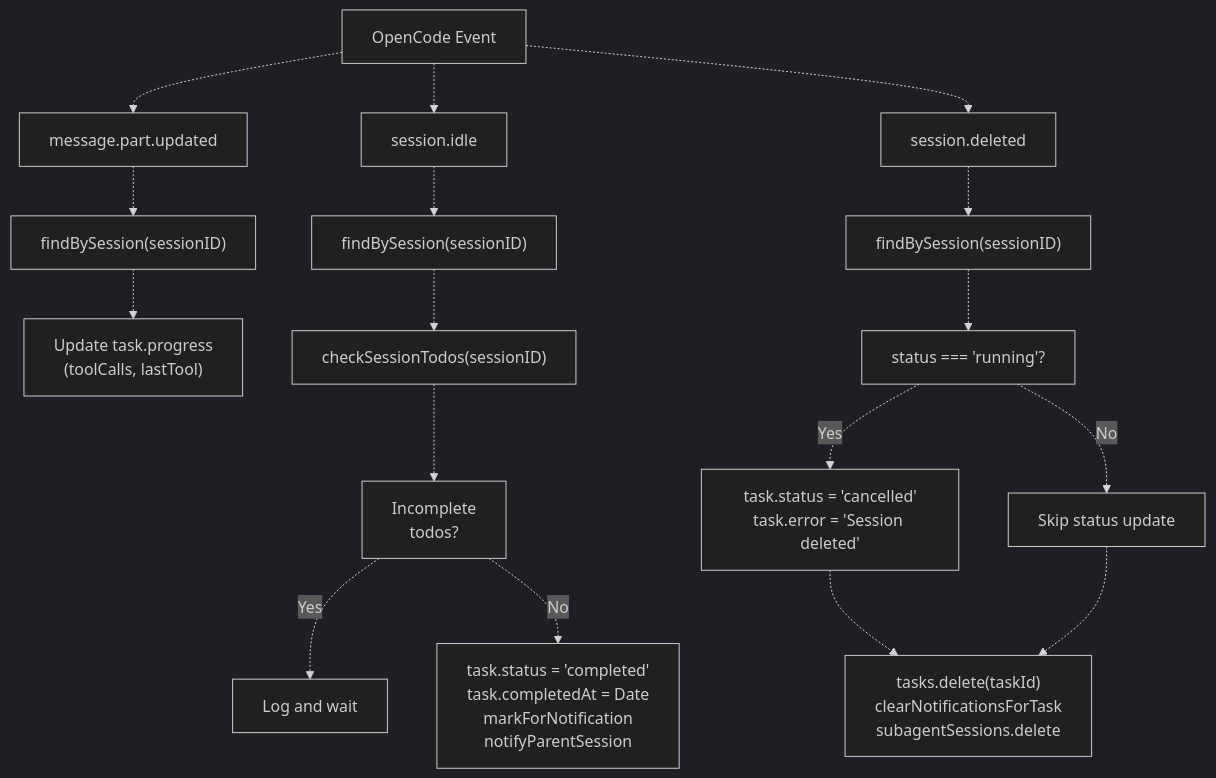
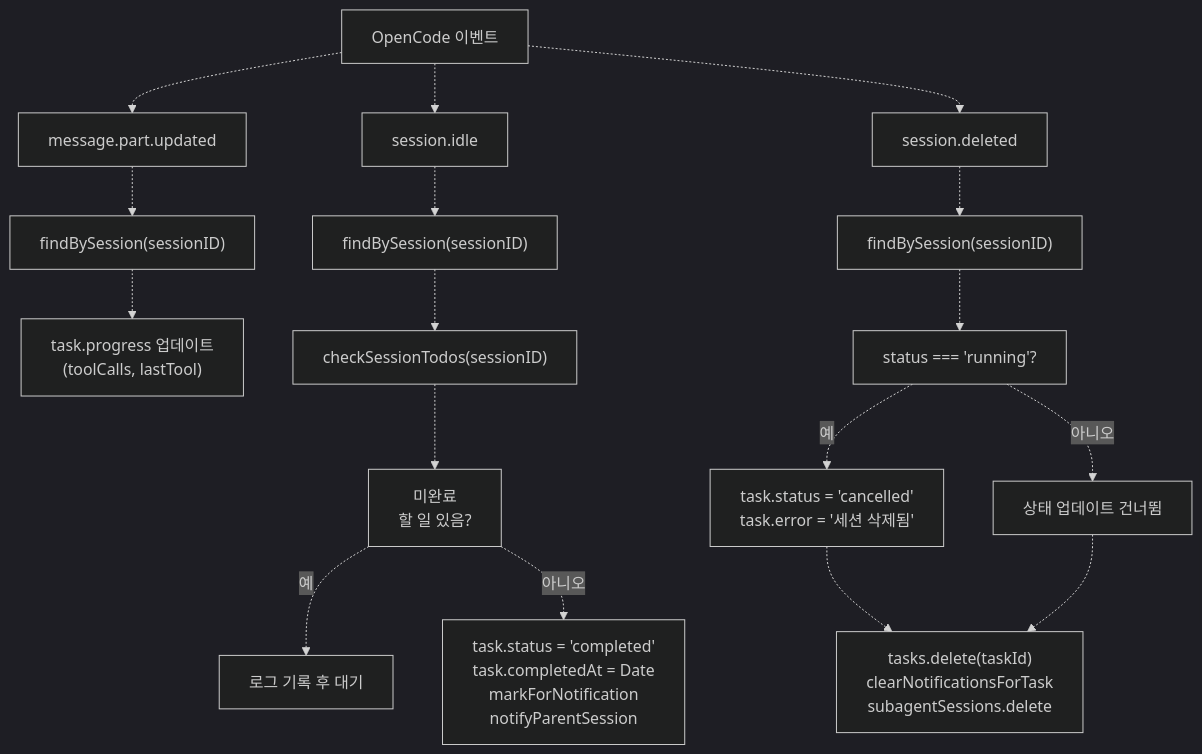
The sixth of 8 diagrams in docs/background-execution/background-manager.md (felipetruman/oh-my-opencode-docs), drawn with Mermaid (dark theme) before and after one commit. The commit also changed other lines of this file and 76 other files, not shown here.

````diff
--- a/docs/background-execution/background-manager.md
+++ b/docs/background-execution/background-manager.md
@@ -262,37 +262,37 @@
 ```mermaid
 flowchart TD
 
-Event["OpenCode Event"]
+Event["OpenCode 이벤트"]
 MessagePart["message.part.updated"]
 SessionIdle["session.idle"]
 SessionDeleted["session.deleted"]
 FindBySession1["findBySession(sessionID)"]
-UpdateProgress["Update task.progress<br>(toolCalls, lastTool)"]
+UpdateProgress["task.progress 업데이트<br>(toolCalls, lastTool)"]
 FindBySession2["findBySession(sessionID)"]
 CheckTodos["checkSessionTodos(sessionID)"]
-HasTodos["Incomplete<br>todos?"]
-Wait["Log and wait"]
+HasTodos["미완료<br>할 일 있음?"]
+Wait["로그 기록 후 대기"]
 Complete["task.status = 'completed'<br>task.completedAt = Date<br>markForNotification<br>notifyParentSession"]
 FindBySession3["findBySession(sessionID)"]
 CheckRunning["status === 'running'?"]
-Cancel["task.status = 'cancelled'<br>task.error = 'Session deleted'"]
-Skip["Skip status update"]
+Cancel["task.status = 'cancelled'<br>task.error = '세션 삭제됨'"]
+Skip["상태 업데이트 건너뜀"]
 Cleanup["tasks.delete(taskId)<br>clearNotificationsForTask<br>subagentSessions.delete"]
 
 Event -.-> MessagePart
 Event -.-> SessionIdle
 Event -.-> SessionDeleted
 MessagePart -.-> FindBySession1
 FindBySession1 -.-> UpdateProgress
 SessionIdle -.-> FindBySession2
 FindBySession2 -.-> CheckTodos
 CheckTodos -.-> HasTodos
-HasTodos -.->|"Yes"| Wait
-HasTodos -.->|"No"| Complete
+HasTodos -.->|"예"| Wait
+HasTodos -.->|"아니오"| Complete
 SessionDeleted -.-> FindBySession3
 FindBySession3 -.-> CheckRunning
-CheckRunning -.->|"Yes"| Cancel
-CheckRunning -.->|"No"| Skip
+CheckRunning -.->|"예"| Cancel
+CheckRunning -.->|"아니오"| Skip
 Cancel -.-> Cleanup
 Skip -.-> Cleanup
 ```
````
